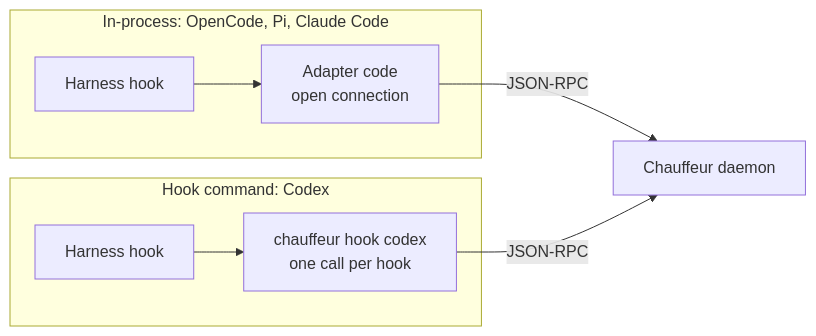
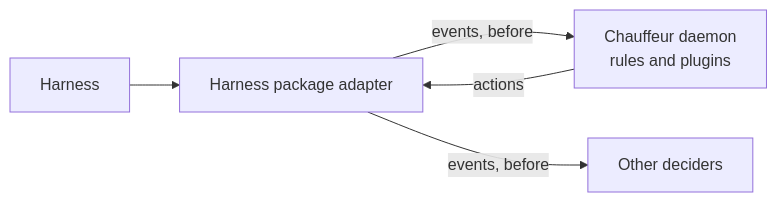
One commit to StevenJPx2/chauffeur changed diagram 13 of 16 in docs/plans/pluggability.md. Above: the diagram before and after it, drawn with Mermaid. The commit also changed other lines of this file, not shown here.

First line of the commit message:
docs(plans): adopt the shared harness package for adapters

````diff
--- a/docs/plans/pluggability.md
+++ b/docs/plans/pluggability.md
@@ -1158,11 +1109,7 @@
 ```mermaid
 flowchart LR
-    subgraph InProcess["In-process: OpenCode, Pi, Claude Code"]
-        H1["Harness hook"] --> A1["Adapter code<br/>open connection"]
-    end
-    subgraph Hook["Hook command: Codex"]
-        H2["Harness hook"] --> A2["chauffeur hook codex<br/>one call per hook"]
-    end
-    A1 -- "JSON-RPC" --> D["Chauffeur daemon"]
-    A2 -- "JSON-RPC" --> D
+    H["Harness"] --> A["Harness package adapter"]
+    A -- "events, before" --> C["Chauffeur daemon<br/>rules and plugins"]
+    A -- "events, before" --> O["Other deciders"]
+    C -- "actions" --> A
 ```
````
